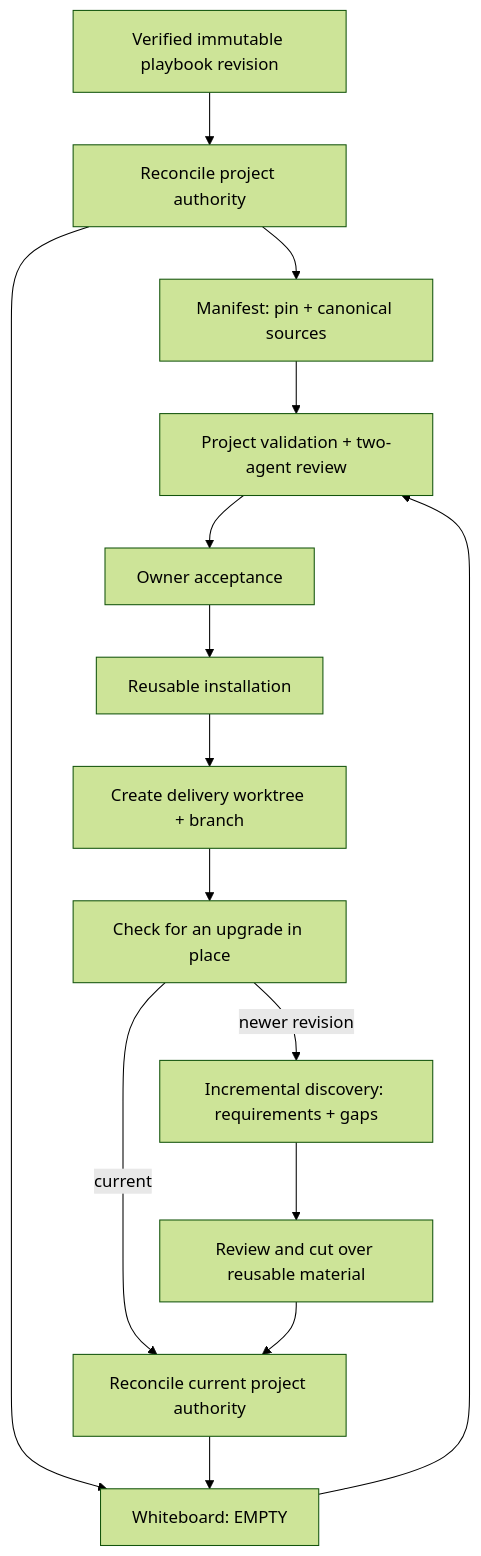
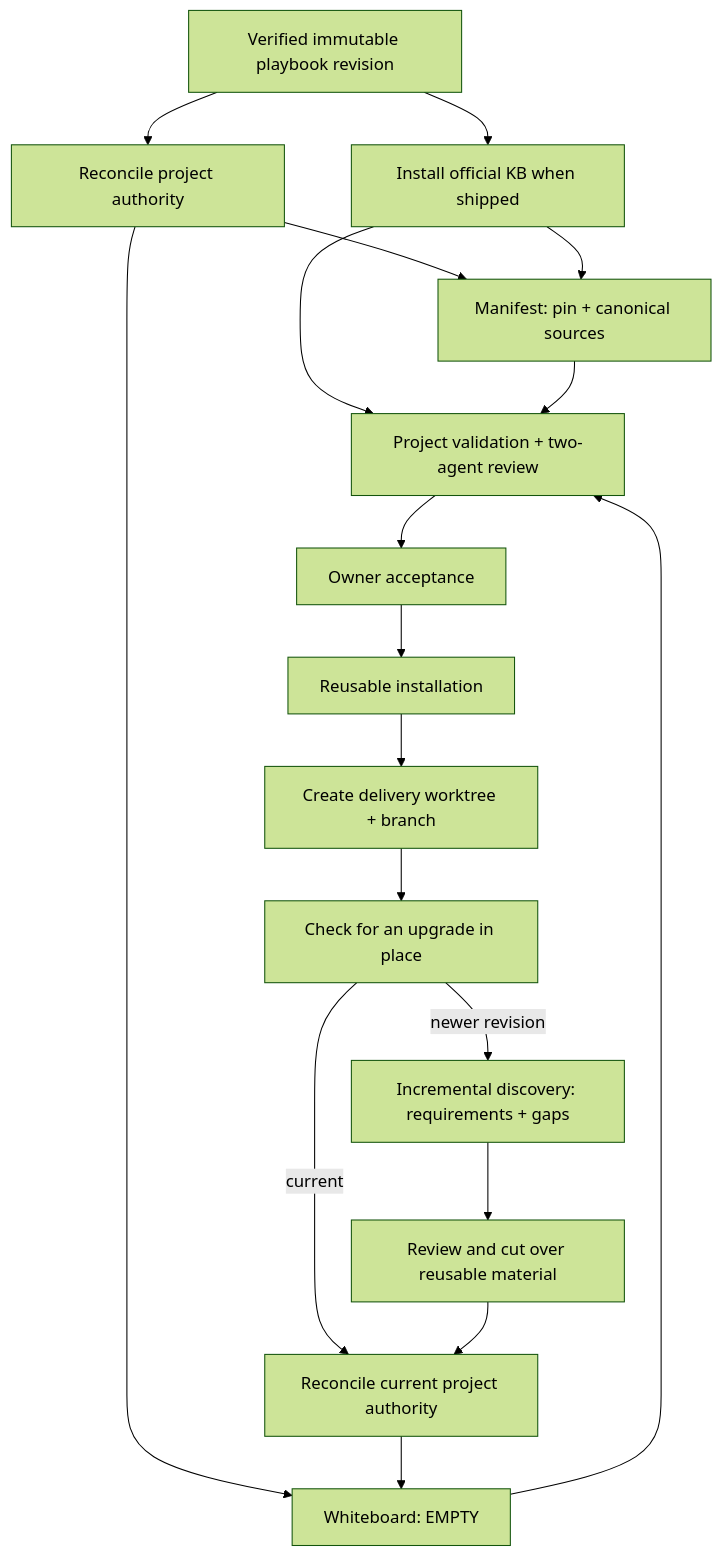
The third of 16 diagrams in README.md (hhhhhusky777/spec-driven-delivery-playbook), drawn with Mermaid (forest theme) before and after one commit. The commit also changed other lines of this file and 4 other files, not shown here.

````diff
--- a/README.md
+++ b/README.md
@@ -217,17 +225,20 @@
 ```mermaid
 flowchart TD
     S["Verified immutable playbook revision"] --> R["Reconcile project authority"]
     R --> M["Manifest: pin + canonical sources"]
     R --> W["Whiteboard: EMPTY"]
+    S --> K["Install official KB when shipped"]
+    K --> M
+    K --> V
     M --> V["Project validation + two-agent review"]
     W --> V
     V --> H["Owner acceptance"]
     H --> U["Reusable installation"]
     U --> B["Create delivery worktree + branch"]
     B --> N["Check for an upgrade in place"]
     N -->|"current"| A["Reconcile current project authority"]
     N -->|"newer revision"| D["Incremental discovery: requirements + gaps"]
     D --> C["Review and cut over reusable material"]
     C --> A
     A --> W
 ```
````
